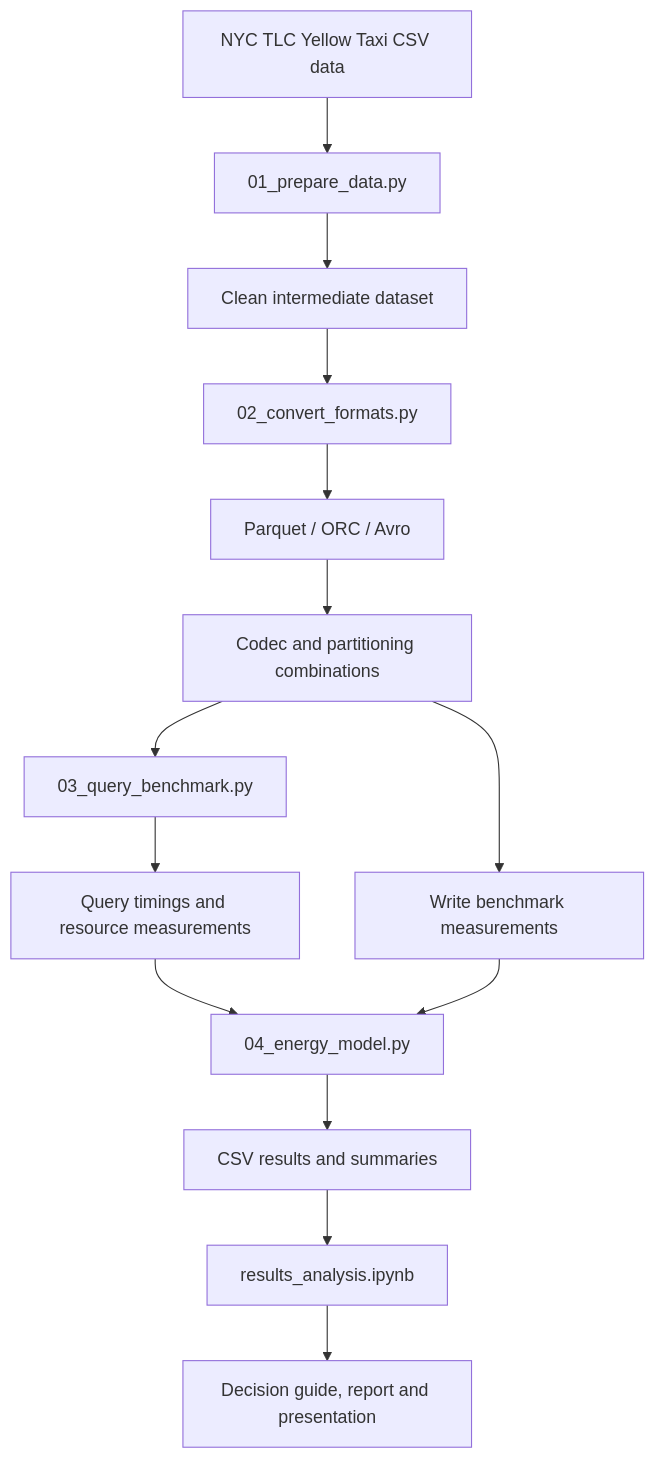
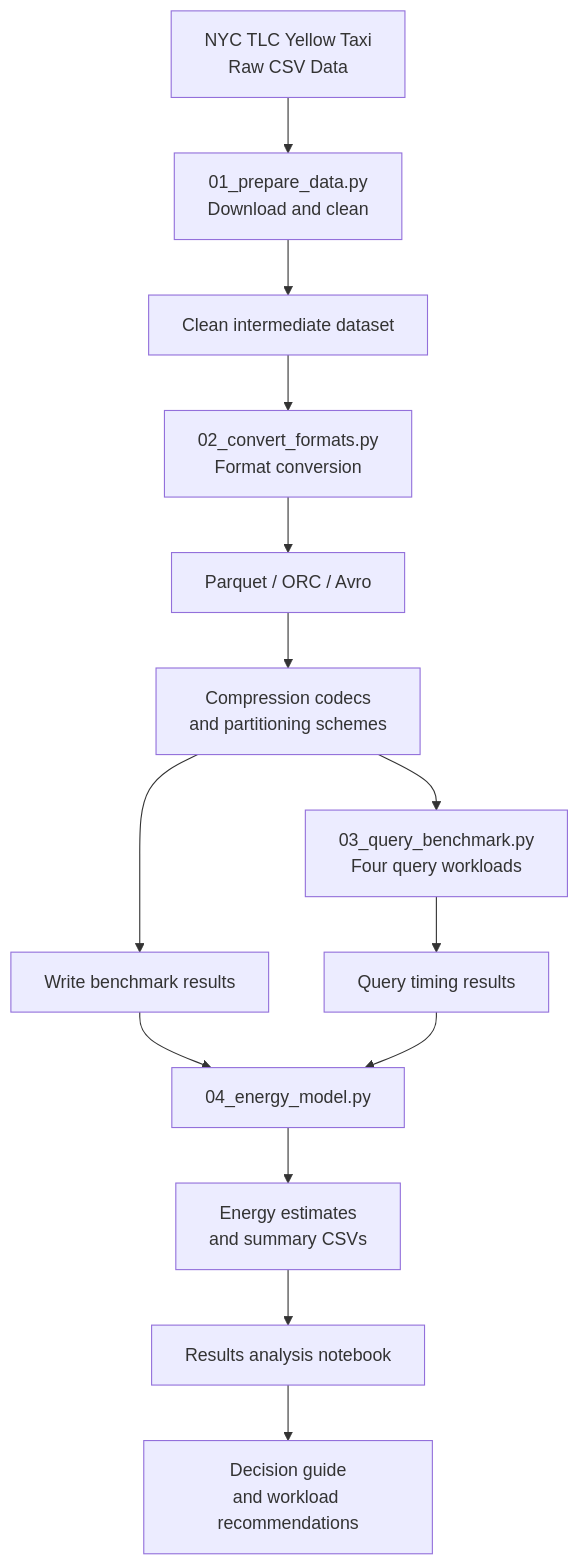
The diagram in README.md (Shlokareddyt/BDSRAIE), drawn with Mermaid before and after one commit. The commit also changed other lines of this file, not shown here.

Commit message:
Add project architecture diagram to README

````diff
--- a/README.md
+++ b/README.md
@@ -19,16 +20,16 @@
 ```mermaid
 flowchart TD
-    A[NYC TLC Yellow Taxi CSV data] --> B[01_prepare_data.py]
-    B --> C[Clean intermediate dataset]
-    C --> D[02_convert_formats.py]
-    D --> E[Parquet / ORC / Avro]
-    E --> F[Codec and partitioning combinations]
-    F --> G[03_query_benchmark.py]
-    G --> H[Query timings and resource measurements]
-    F --> I[Write benchmark measurements]
-    H --> J[04_energy_model.py]
+    A["NYC TLC Yellow Taxi<br/>Raw CSV Data"] --> B["01_prepare_data.py<br/>Download and clean"]
+    B --> C["Clean intermediate dataset"]
+    C --> D["02_convert_formats.py<br/>Format conversion"]
+    D --> E["Parquet / ORC / Avro"]
+    E --> F["Compression codecs<br/>and partitioning schemes"]
+    F --> G["03_query_benchmark.py<br/>Four query workloads"]
+    F --> H["Write benchmark results"]
+    G --> I["Query timing results"]
+    H --> J["04_energy_model.py"]
     I --> J
-    J --> K[CSV results and summaries]
-    K --> L[results_analysis.ipynb]
-    L --> M[Decision guide, report and presentation]
+    J --> K["Energy estimates<br/>and summary CSVs"]
+    K --> L["Results analysis notebook"]
+    L --> M["Decision guide<br/>and workload recommendations"]
 ```
````
